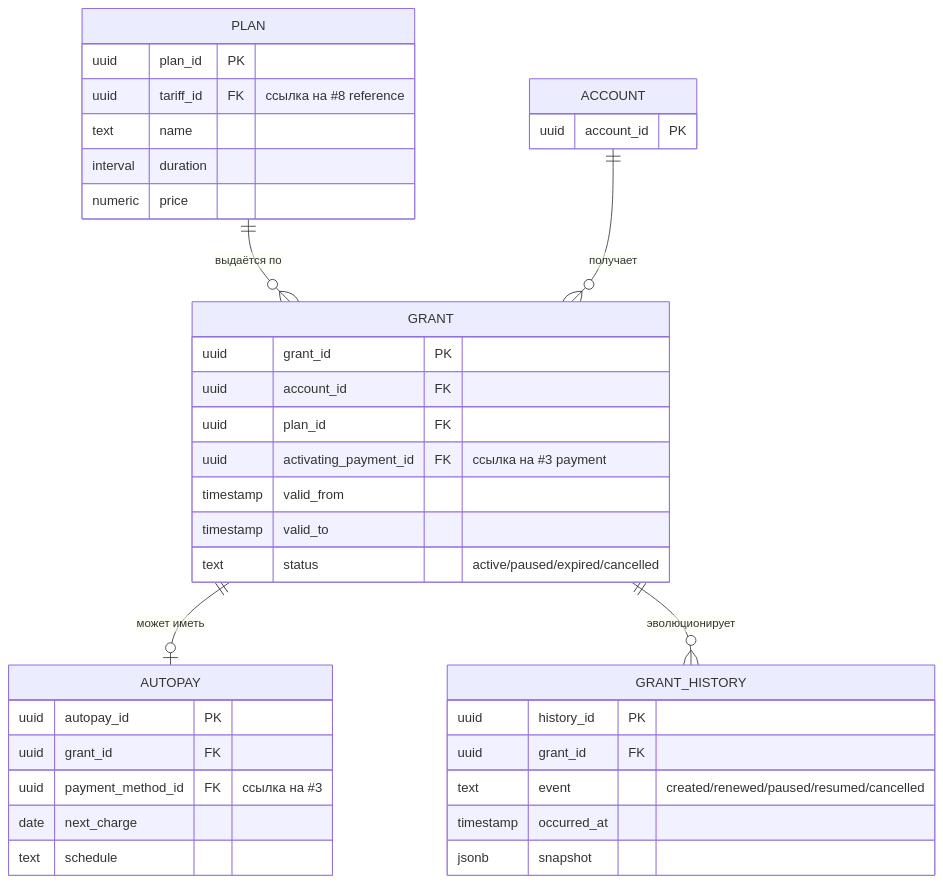
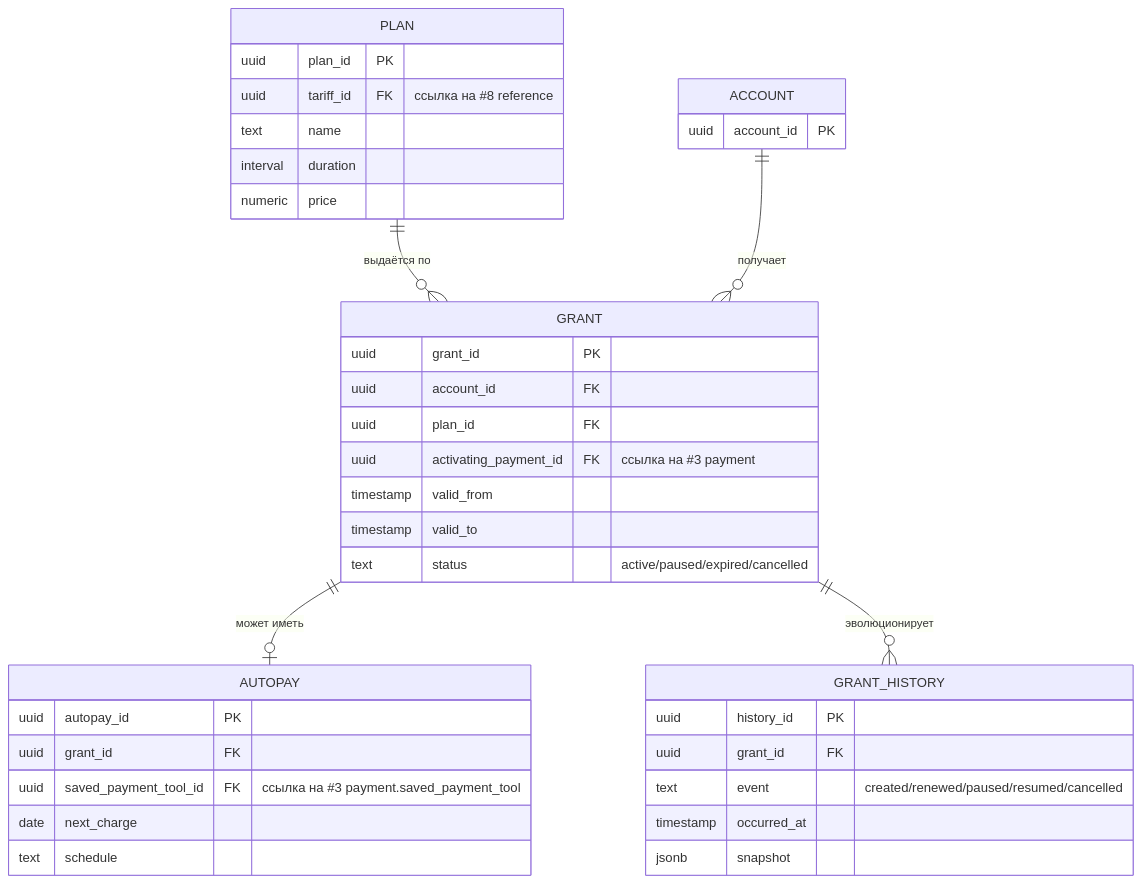
The fifth of 17 diagrams in pack/digital-platform/02-domain-entities/DP.ARCH.004-neon-data-architecture.md (TserenTserenov/PACK-digital-platform), drawn with Mermaid before and after one commit. The commit also changed other lines of this file and 2 other files, not shown here.

````diff
--- a/pack/digital-platform/02-domain-entities/DP.ARCH.004-neon-data-architecture.md
+++ b/pack/digital-platform/02-domain-entities/DP.ARCH.004-neon-data-architecture.md
@@ -496,41 +542,41 @@
 ```mermaid
 erDiagram
     PLAN ||--o{ GRANT : "выдаётся по"
     ACCOUNT ||--o{ GRANT : "получает"
     GRANT ||--o| AUTOPAY : "может иметь"
     GRANT ||--o{ GRANT_HISTORY : "эволюционирует"
 
     PLAN {
         uuid plan_id PK
         uuid tariff_id FK "ссылка на #8 reference"
         text name
         interval duration
         numeric price
     }
     GRANT {
         uuid grant_id PK
         uuid account_id FK
         uuid plan_id FK
         uuid activating_payment_id FK "ссылка на #3 payment"
         timestamp valid_from
         timestamp valid_to
         text status "active/paused/expired/cancelled"
     }
     AUTOPAY {
         uuid autopay_id PK
         uuid grant_id FK
-        uuid payment_method_id FK "ссылка на #3"
+        uuid saved_payment_tool_id FK "ссылка на #3 payment.saved_payment_tool"
         date next_charge
         text schedule
     }
     GRANT_HISTORY {
         uuid history_id PK
         uuid grant_id FK
         text event "created/renewed/paused/resumed/cancelled"
         timestamp occurred_at
         jsonb snapshot
     }
     ACCOUNT {
         uuid account_id PK
     }
 ```
````
